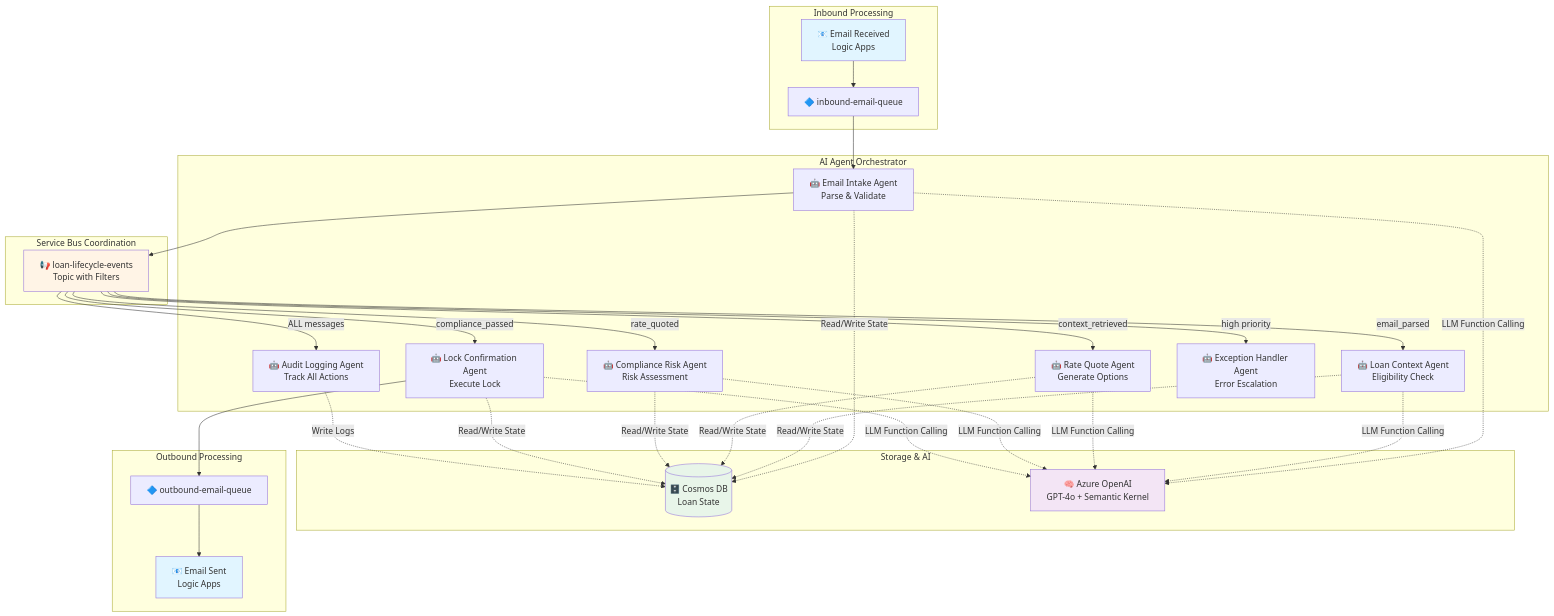
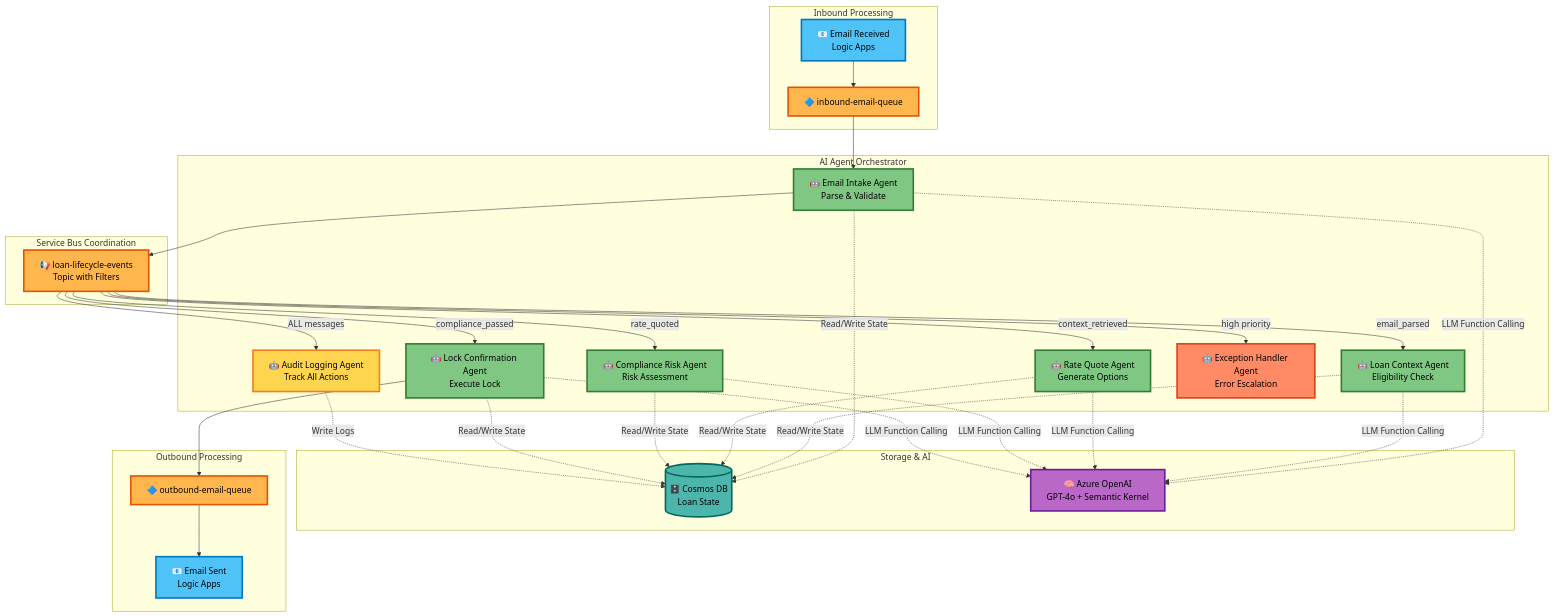
One commit to drewelewis/ai-rate-lock-system-sk changed the first of 5 diagrams in README.md. Above: the diagram before and after it, drawn with Mermaid. The commit also changed other lines of this file and 1 other file, not shown here.

Commit message:
updated diagrams

````diff
--- a/README.md
+++ b/README.md
@@ -68,62 +68,71 @@
 ```mermaid
 graph TB
     subgraph "Inbound Processing"
         Email[📧 Email Received<br/>Logic Apps]
         InboundQueue[🔷 inbound-email-queue]
     end
     
     subgraph "AI Agent Orchestrator"
         EmailIntake[🤖 Email Intake Agent<br/>Parse & Validate]
         LoanContext[🤖 Loan Context Agent<br/>Eligibility Check]
         RateQuote[🤖 Rate Quote Agent<br/>Generate Options]
         Compliance[🤖 Compliance Risk Agent<br/>Risk Assessment]
         LockConfirm[🤖 Lock Confirmation Agent<br/>Execute Lock]
         Audit[🤖 Audit Logging Agent<br/>Track All Actions]
         Exception[🤖 Exception Handler Agent<br/>Error Escalation]
     end
     
     subgraph "Service Bus Coordination"
         Topic[📢 loan-lifecycle-events<br/>Topic with Filters]
     end
     
     subgraph "Storage & AI"
         CosmosDB[(🗄️ Cosmos DB<br/>Loan State)]
         OpenAI[🧠 Azure OpenAI<br/>GPT-4o + Semantic Kernel]
     end
     
     subgraph "Outbound Processing"
         OutboundQueue[🔷 outbound-email-queue]
         Notification[📧 Email Sent<br/>Logic Apps]
     end
     
     Email --> InboundQueue
     InboundQueue --> EmailIntake
     EmailIntake --> Topic
     Topic -->|email_parsed| LoanContext
     Topic -->|context_retrieved| RateQuote
     Topic -->|rate_quoted| Compliance
     Topic -->|compliance_passed| LockConfirm
     Topic -->|ALL messages| Audit
     Topic -->|high priority| Exception
     LockConfirm --> OutboundQueue
     OutboundQueue --> Notification
     
     EmailIntake -.->|LLM Function Calling| OpenAI
     LoanContext -.->|LLM Function Calling| OpenAI
     RateQuote -.->|LLM Function Calling| OpenAI
     Compliance -.->|LLM Function Calling| OpenAI
     LockConfirm -.->|LLM Function Calling| OpenAI
     
     EmailIntake -.->|Read/Write State| CosmosDB
     LoanContext -.->|Read/Write State| CosmosDB
     RateQuote -.->|Read/Write State| CosmosDB
     Compliance -.->|Read/Write State| CosmosDB
     LockConfirm -.->|Read/Write State| CosmosDB
     Audit -.->|Write Logs| CosmosDB
     
-    style Email fill:#e1f5ff
-    style Notification fill:#e1f5ff
-    style Topic fill:#fff4e6
-    style OpenAI fill:#f3e5f5
-    style CosmosDB fill:#e8f5e9
+    style Email fill:#4FC3F7,stroke:#0277BD,stroke-width:3px,color:#000
+    style InboundQueue fill:#FFB74D,stroke:#E65100,stroke-width:3px,color:#000
+    style EmailIntake fill:#81C784,stroke:#2E7D32,stroke-width:3px,color:#000
+    style LoanContext fill:#81C784,stroke:#2E7D32,stroke-width:3px,color:#000
+    style RateQuote fill:#81C784,stroke:#2E7D32,stroke-width:3px,color:#000
+    style Compliance fill:#81C784,stroke:#2E7D32,stroke-width:3px,color:#000
+    style LockConfirm fill:#81C784,stroke:#2E7D32,stroke-width:3px,color:#000
+    style Audit fill:#FFD54F,stroke:#F57F17,stroke-width:3px,color:#000
+    style Exception fill:#FF8A65,stroke:#D84315,stroke-width:3px,color:#000
+    style Topic fill:#FFB74D,stroke:#E65100,stroke-width:3px,color:#000
+    style OutboundQueue fill:#FFB74D,stroke:#E65100,stroke-width:3px,color:#000
+    style Notification fill:#4FC3F7,stroke:#0277BD,stroke-width:3px,color:#000
+    style OpenAI fill:#BA68C8,stroke:#6A1B9A,stroke-width:3px,color:#000
+    style CosmosDB fill:#4DB6AC,stroke:#00695C,stroke-width:3px,color:#000
 ```
````
